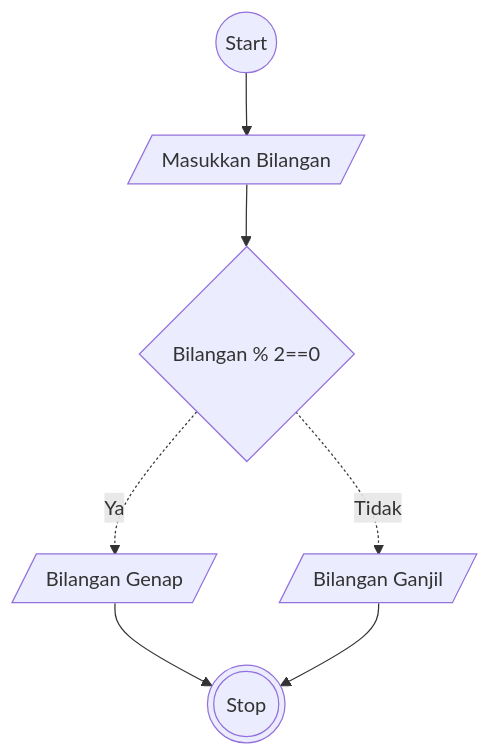
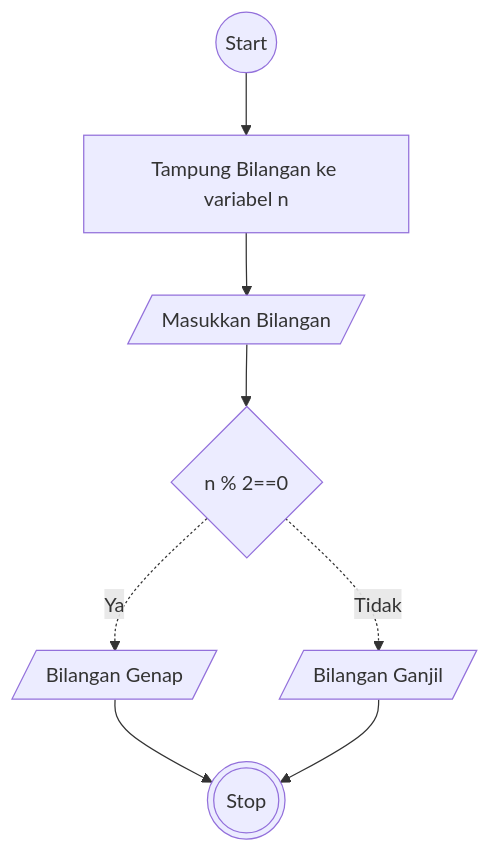
Before and after one commit to dimastadeoo/koda-b8-algoritma: the diagram in ganjil-genap.md, drawn with Mermaid.

````diff
--- a/ganjil-genap.md
+++ b/ganjil-genap.md
@@ -16,18 +16,19 @@
 ```mermaid
 flowchart TD
     A@{ shape: circle, label: "Start" }
     
     B@{ shape: lean-r, label: "Masukkan Bilangan" }
+    G@{ shape: rect, label: "Tampung Bilangan ke variabel n" }
 
-    C@{ shape: diamond, label: "Bilangan % 2==0" }
+    C@{ shape: diamond, label: "n % 2==0" }
 
     D@{ shape: lean-r, label: "Bilangan Ganjil" }
     E@{ shape: lean-r, label: "Bilangan Genap" }
 
     F@{ shape: dbl-circ, label: "Stop" }
 
-    A --> B --> C-. Ya .-> E --> F
+    A --> G --> B --> C-. Ya .-> E --> F
     C-. Tidak .-> D --> F
 
 
 ```
````
